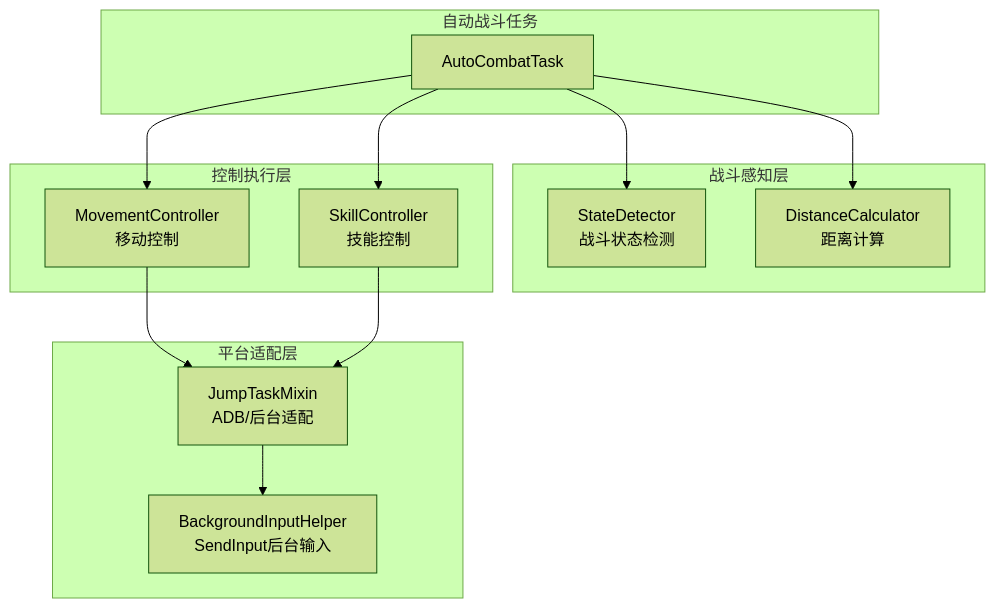
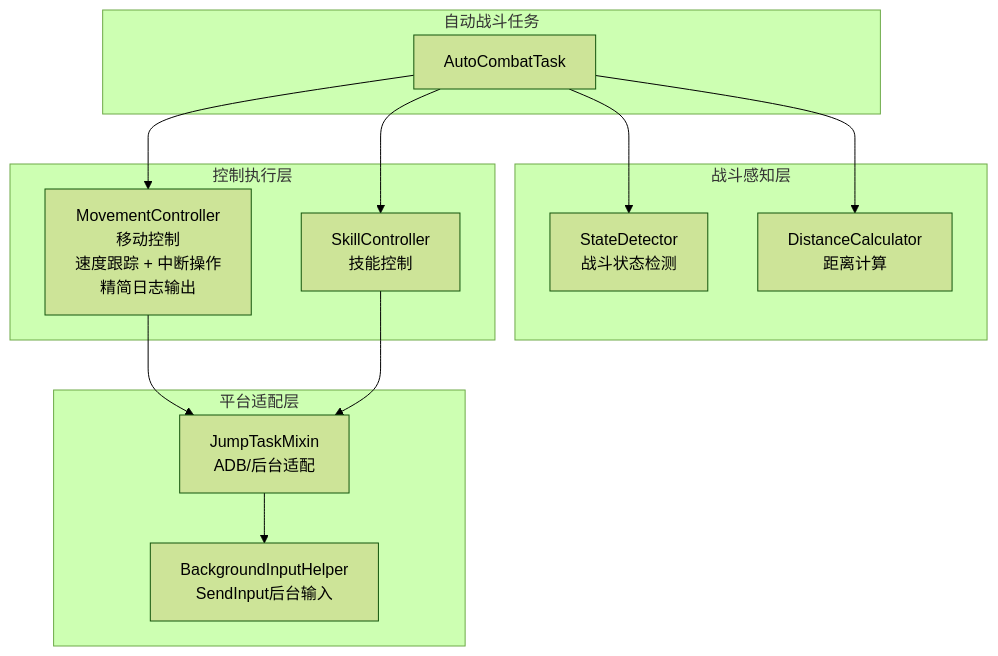
Before and after one commit to xsy098-max/ok-jump: the first of 7 diagrams in .qoder/repowiki/zh/content/战斗系统/移动控制系统.md, drawn with Mermaid (forest theme). The commit also changed other lines of this file and 21 other files, not shown here.

````diff
--- a/.qoder/repowiki/zh/content/战斗系统/移动控制系统.md
+++ b/.qoder/repowiki/zh/content/战斗系统/移动控制系统.md
@@ -43,25 +51,25 @@
 ```mermaid
 graph TB
 subgraph "自动战斗任务"
 ACT["AutoCombatTask"]
 end
 subgraph "战斗感知层"
 SD["StateDetector<br/>战斗状态检测"]
 DC["DistanceCalculator<br/>距离计算"]
 end
 subgraph "控制执行层"
-MC["MovementController<br/>移动控制"]
+MC["MovementController<br/>移动控制<br/>速度跟踪 + 中断操作<br/>精简日志输出"]
 SC["SkillController<br/>技能控制"]
 end
 subgraph "平台适配层"
 MIX["JumpTaskMixin<br/>ADB/后台适配"]
 BIH["BackgroundInputHelper<br/>SendInput后台输入"]
 end
 ACT --> SD
 ACT --> DC
 ACT --> MC
 ACT --> SC
 MC --> MIX
 SC --> MIX
 MIX --> BIH
 ```
````
